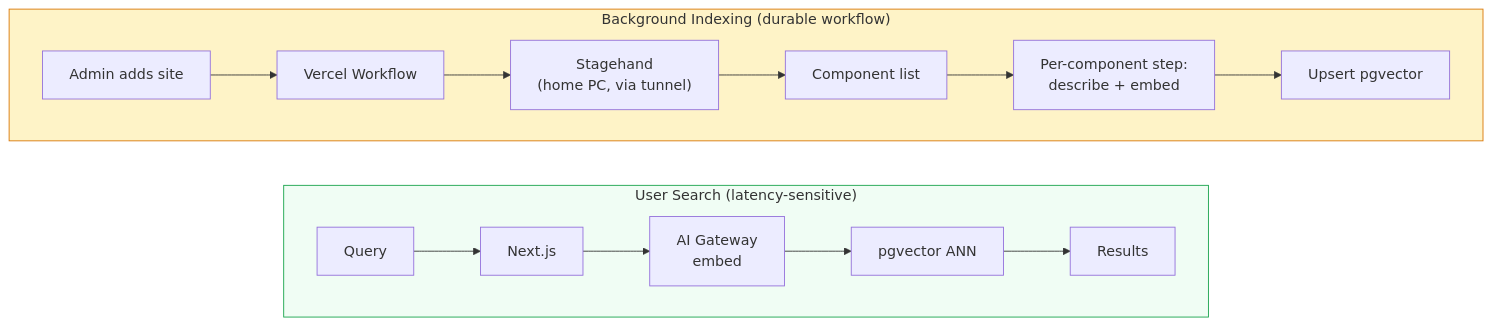
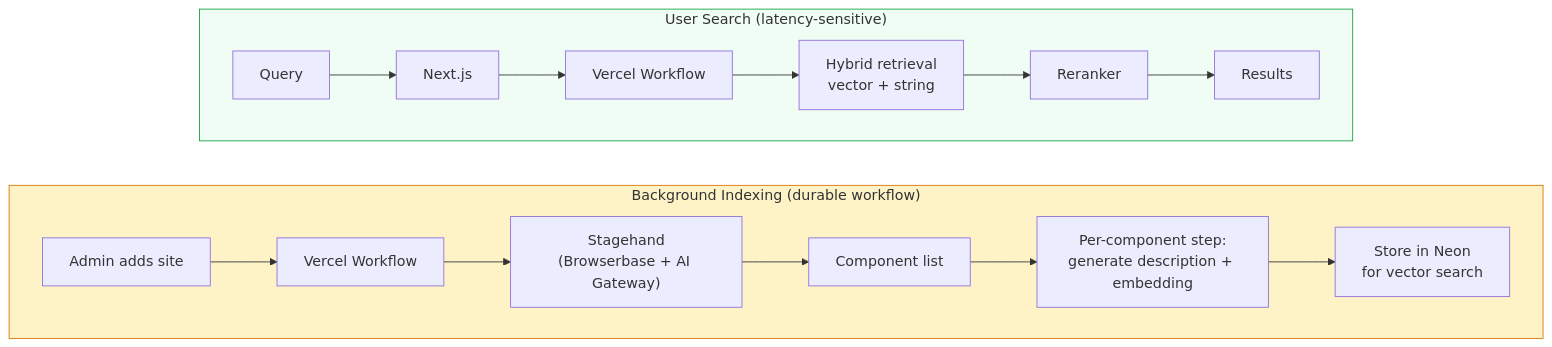
The second of 2 diagrams in README.md (jagrat7/Shadpedia), drawn with Mermaid before and after one commit. The commit also changed other lines of this file, not shown here.

Commit message:
update readme to reflect browserbase migration, simplify architecture description, add youtube demo link, reorganize getting started section

````diff
--- a/README.md
+++ b/README.md
@@ -129,15 +65,15 @@
 ```mermaid
 graph LR
+    subgraph Workflows["Background Indexing (durable workflow)"]
+        direction LR
+        A["Admin adds site"] --> W["Vercel Workflow"] --> SH["Stagehand<br/>(Browserbase + AI Gateway)"] --> CL["Component list"] --> PS["Per-component step:<br/>generate description + embedding"] --> ST["Store in Neon<br/>for vector search"]
+    end
     subgraph Search["User Search (latency-sensitive)"]
         direction LR
-        Q["Query"] --> NS["Next.js"] --> EG["AI Gateway<br/>embed"] --> PG["pgvector ANN"] --> R["Results"]
+        Q["Query"] --> NS["Next.js"] --> SW["Vercel Workflow"] --> PG["Hybrid retrieval<br/>vector + string"] --> RR["Reranker"] --> R["Results"]
     end
 
-    subgraph Ingest["Background Indexing (durable workflow)"]
-        direction LR
-        A["Admin adds site"] --> W["Vercel Workflow"] --> SH["Stagehand<br/>(home PC, via tunnel)"] --> CL["Component list"] --> PS["Per-component step:<br/>describe + embed"] --> ST["Upsert pgvector"]
-    end
 
     style Search fill:#f0fdf4,stroke:#16a34a
-    style Ingest fill:#fef3c7,stroke:#d97706
+    style Workflows fill:#fef3c7,stroke:#d97706
 ```
````
